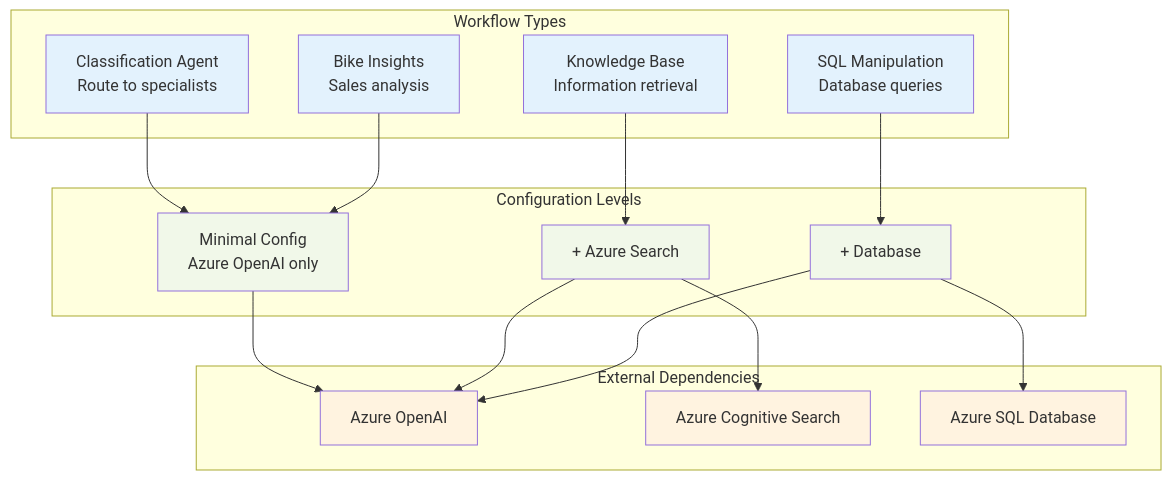
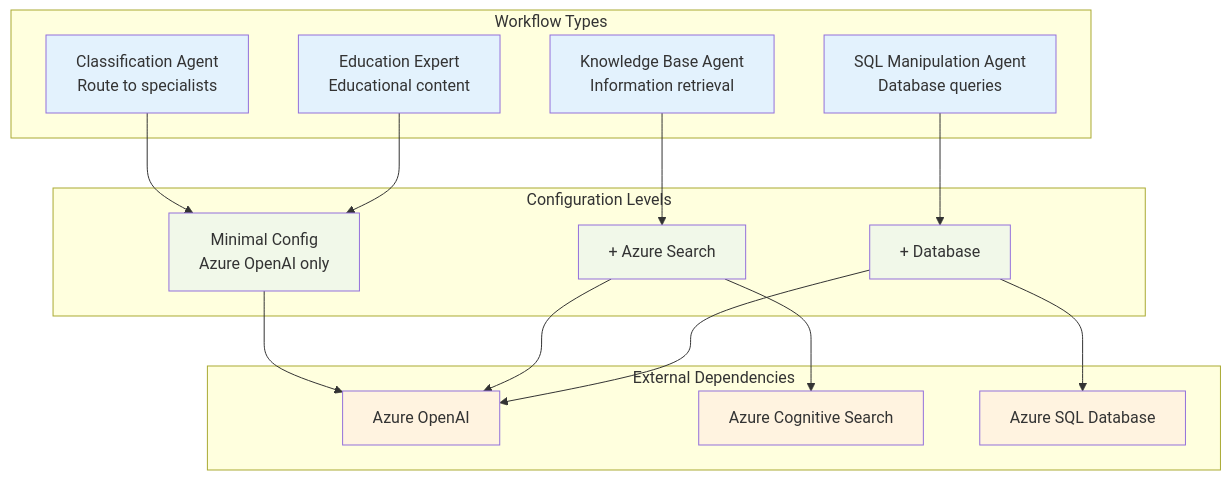
Before and after one commit to the-ingenious-dark-knight/Insight_Ingenious: the first of 10 diagrams in docs/workflows/README.md, drawn with Mermaid. The commit also changed other lines of this file and 3 other files, not shown here.

Commit message:
fix: Update API documentation to include new workflows and agents for classification and education

````diff
--- a/docs/workflows/README.md
+++ b/docs/workflows/README.md
@@ -18,42 +18,42 @@
 ```mermaid
 graph TB
     subgraph "Workflow Types"
         CLASSIFICATION[Classification Agent<br/>Route to specialists]
-        BIKE[Bike Insights<br/>Sales analysis]
-        KNOWLEDGE[Knowledge Base<br/>Information retrieval]
-        SQL[SQL Manipulation<br/>Database queries]
+        KNOWLEDGE[Knowledge Base Agent<br/>Information retrieval]
+        SQL[SQL Manipulation Agent<br/>Database queries]
+        EDUCATION[Education Expert<br/>Educational content]
     end
 
     subgraph "Configuration Levels"
         MINIMAL[Minimal Config<br/>Azure OpenAI only]
         SEARCH[+ Azure Search]
         DATABASE[+ Database]
     end
 
     subgraph "External Dependencies"
         AZURE_OPENAI[Azure OpenAI]
         AZURE_SEARCH[Azure Cognitive Search]
         AZURE_SQL[Azure SQL Database]
     end
 
     CLASSIFICATION --> MINIMAL
-    BIKE --> MINIMAL
+    EDUCATION --> MINIMAL
 
     KNOWLEDGE --> SEARCH
 
     SQL --> DATABASE
 
     MINIMAL --> AZURE_OPENAI
     SEARCH --> AZURE_OPENAI
     SEARCH --> AZURE_SEARCH
     DATABASE --> AZURE_OPENAI
     DATABASE --> AZURE_SQL
 
     classDef workflow fill:#e3f2fd
     classDef config fill:#f1f8e9
     classDef external fill:#fff3e0
 
-    class CLASSIFICATION,BIKE,KNOWLEDGE,SQL workflow
+    class CLASSIFICATION,EDUCATION,KNOWLEDGE,SQL workflow
     class MINIMAL,SEARCH,DATABASE config
     class AZURE_OPENAI,AZURE_SEARCH,AZURE_SQL external
 ```
````
